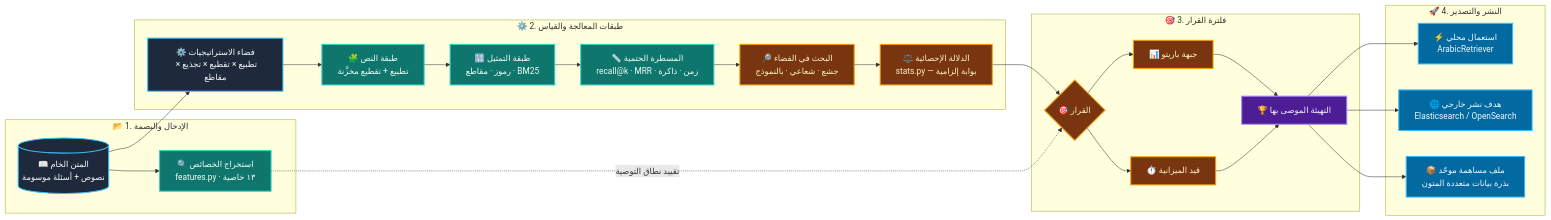
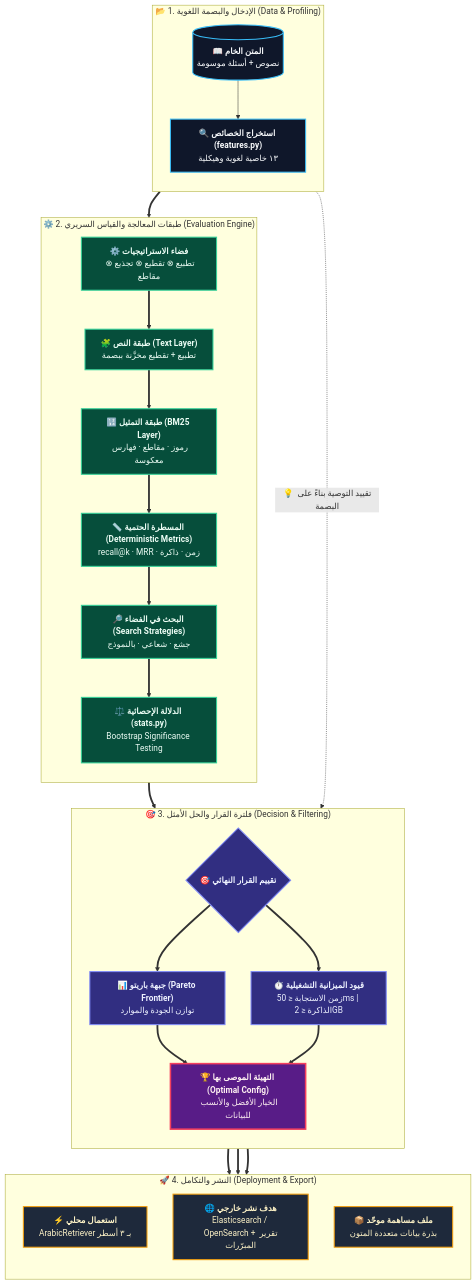
One commit to gomoodh-droid/arabic-retrieval changed the diagram in DESIGN.md. Above: the diagram before and after it, drawn with Mermaid. The commit also changed other lines of this file and 1 other file, not shown here.

Commit message:
style: apply user-provided high-contrast rich Mermaid architecture diagram

````diff
--- a/DESIGN.md
+++ b/DESIGN.md
@@ -16,58 +16,68 @@
 ```mermaid
-flowchart LR
-    subgraph INPUT [" 📂 1. الإدخال والبصمة "]
-        A[("📖 المتن الخام<br/>نصوص + أسئلة موسومة")]
-        F["🔍 استخراج الخصائص<br/>features.py · ١٣ خاصية"]
+flowchart TD
+    %% --- STEP 1: INPUT ---
+    subgraph INPUT [" 📂 1. الإدخال والبصمة اللغوية (Data & Profiling) "]
+        direction TB
+        A[("📖 <b>المتن الخام</b><br/>نصوص + أسئلة موسومة")]
+        F["🔍 <b>استخراج الخصائص (features.py)</b><br/>١٣ خاصية لغوية وهيكلية"]
     end
 
-    subgraph ENGINE [" ⚙️ 2. طبقات المعالجة والقياس "]
-        S["⚙️ فضاء الاستراتيجيات<br/>تطبيع × تقطيع × تجذيع × مقاطع"]
-        T["🧩 طبقة النص<br/>تطبيع + تقطيع مخزَّنة"]
-        R["🔢 طبقة التمثيل<br/>رموز · مقاطع · BM25"]
-        M["📏 المسطرة الحتمية<br/>recall@k · MRR · زمن · ذاكرة"]
-        B["🔎 البحث في الفضاء<br/>جشع · شعاعي · بالنموذج"]
-        ST["⚖️ الدلالة الإحصائية<br/>stats.py — بوابة إلزامية"]
+    %% --- STEP 2: ENGINE ---
+    subgraph ENGINE [" ⚙️ 2. طبقات المعالجة والقياس السريري (Evaluation Engine) "]
+        direction TB
+        S["⚙️ <b>فضاء الاستراتيجيات</b><br/>تطبيع ⊗ تقطيع ⊗ تجذيع ⊗ مقاطع"]
+        T["🧩 <b>طبقة النص (Text Layer)</b><br/>تطبيع + تقطيع مخزَّنة ببصمة"]
+        R["🔢 <b>طبقة التمثيل (BM25 Layer)</b><br/>رموز · مقاطع · فهارس معكوسة"]
+        M["📏 <b>المسطرة الحتمية (Deterministic Metrics)</b><br/>recall@k · MRR · زمن · ذاكرة"]
+        B["🔎 <b>البحث في الفضاء (Search Strategies)</b><br/>جشع · شعاعي · بالنموذج"]
+        ST["⚖️ <b>الدلالة الإحصائية (stats.py)</b><br/>Bootstrap Significance Testing"]
     end
 
-    subgraph DECISION [" 🎯 3. فلترة القرار "]
-        D{"🎯 القرار"}
-        P["📊 جبهة باريتو"]
-        BG["⏱️ قيد الميزانية"]
-        W["🏆 التهيئة الموصى بها"]
+    %% --- STEP 3: DECISION ---
+    subgraph DECISION [" 🎯 3. فلترة القرار والحل الأمثل (Decision & Filtering) "]
+        direction TB
+        D{"🎯 <b>تقييم القرار النهائي</b>"}
+        P["📊 <b>جبهة باريتو (Pareto Frontier)</b><br/>توازن الجودة والموارد"]
+        BG["⏱️ <b>قيود الميزانية التشغيلية</b><br/>زمن الاستجابة ≤ 50ms | الذاكرة ≤ 2GB"]
+        W["🏆 <b>التهيئة الموصى بها (Optimal Config)</b><br/>الخيار الأفضل والأنسب للبيانات"]
     end
 
-    subgraph EXPORT [" 🚀 4. النشر والتصدير "]
-        L["⚡ استعمال محلي<br/>ArabicRetriever"]
-        E["🌐 هدف نشر خارجي<br/>Elasticsearch / OpenSearch"]
-        C["📦 ملف مساهمة موحّد<br/>بذرة بيانات متعددة المتون"]
+    %% --- STEP 4: EXPORT ---
+    subgraph EXPORT [" 🚀 4. النشر والتكامل (Deployment & Export) "]
+        direction TB
+        L["⚡ <b>استعمال محلي</b><br/>ArabicRetriever بـ ٣ أسطر"]
+        E["🌐 <b>هدف نشر خارجي</b><br/>Elasticsearch / OpenSearch + تقرير المبرّرات"]
+        C["📦 <b>ملف مساهمة موحّد</b><br/>بذرة بيانات متعددة المتون"]
     end
 
+    %% --- RELATIONS ---
+    A ==> S
     A --> F
-    A --> S
-    S --> T
-    T --> R
-    R --> M
-    M --> B
-    B --> ST
-    ST --> D
-    F -.->|"تقييد نطاق التوصية"| D
-    D --> P
-    D --> BG
-    P --> W
-    BG --> W
-    W --> L
-    W --> E
-    W --> C
+    S ==> T
+    T ==> R
+    R ==> M
+    M ==> B
+    B ==> ST
+    ST ==> D
+    F -.->|"💡 تقييد التوصية بناءً على البصمة"| D
+    D ==> P
+    D ==> BG
+    P ==> W
+    BG ==> W
+    W ==> L
+    W ==> E
+    W ==> C
 
-    classDef primary fill:#1E293B,stroke:#38BDF8,stroke-width:2px,color:#F8FAFC;
-    classDef metric fill:#0F766E,stroke:#2DD4BF,stroke-width:2px,color:#F0FDF4;
-    classDef stat fill:#78350F,stroke:#F59E0B,stroke-width:2px,color:#FEF3C7;
-    classDef winner fill:#4C1D95,stroke:#A78BFA,stroke-width:2px,color:#F5F3FF;
-    classDef target fill:#0369A1,stroke:#38BDF8,stroke-width:2px,color:#F0F9FF;
+    %% --- STYLING (Modern Tech Palette) ---
+    classDef inputStyle fill:#0F172A,stroke:#38BDF8,stroke-width:2px,color:#F8FAFC;
+    classDef engineStyle fill:#064E3B,stroke:#34D399,stroke-width:2px,color:#ECFDF5;
+    classDef decisionStyle fill:#312E81,stroke:#818CF8,stroke-width:2px,color:#EEF2FF;
+    classDef winnerStyle fill:#581C87,stroke:#F43F5E,stroke-width:3px,color:#FFF1F2;
+    classDef exportStyle fill:#1E293B,stroke:#F59E0B,stroke-width:2px,color:#FEF3C7;
 
-    class A,S primary;
-    class F,T,R,M metric;
-    class B,ST,D,P,BG stat;
-    class W winner;
-    class L,E,C target;
+    class A,F inputStyle;
+    class S,T,R,M,B,ST engineStyle;
+    class D,P,BG decisionStyle;
+    class W winnerStyle;
+    class L,E,C exportStyle;
 ```
````
